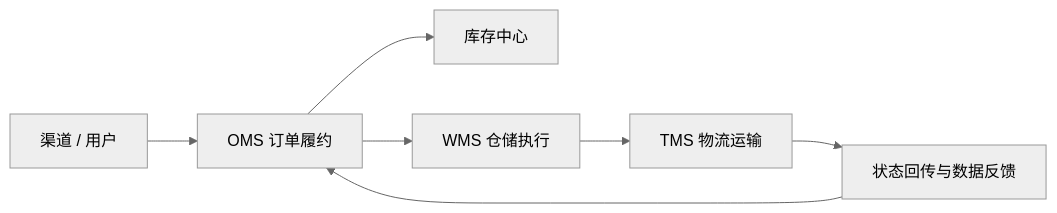
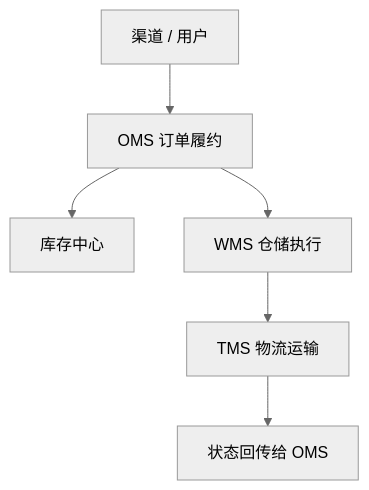
The diagram in src/business-system/supply-chain/README.md (Asteroid-lin/my-blog), drawn with Mermaid (neutral theme) before and after one commit. The commit also changed 59 other files, not shown here.

````diff
--- a/src/business-system/supply-chain/README.md
+++ b/src/business-system/supply-chain/README.md
@@ -3,9 +3,8 @@
 ```mermaid
-flowchart LR
-  C[渠道 / 用户] --> O[OMS 订单履约]
-  O --> I[库存中心]
-  O --> W[WMS 仓储执行]
-  W --> T[TMS 物流运输]
-  T --> R[状态回传与数据反馈]
-  R --> O
+flowchart TB
+  C["渠道 / 用户"] --> O["OMS 订单履约"]
+  O --> I["库存中心"]
+  O --> W["WMS 仓储执行"]
+  W --> T["TMS 物流运输"]
+  T --> R["状态回传给 OMS"]
 ```
````
